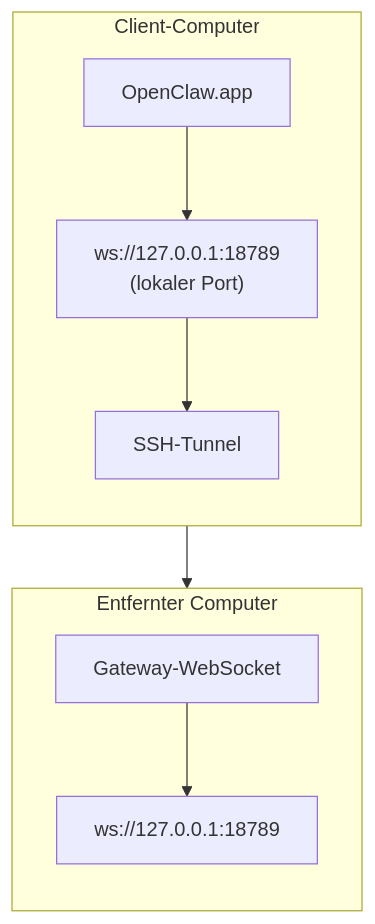
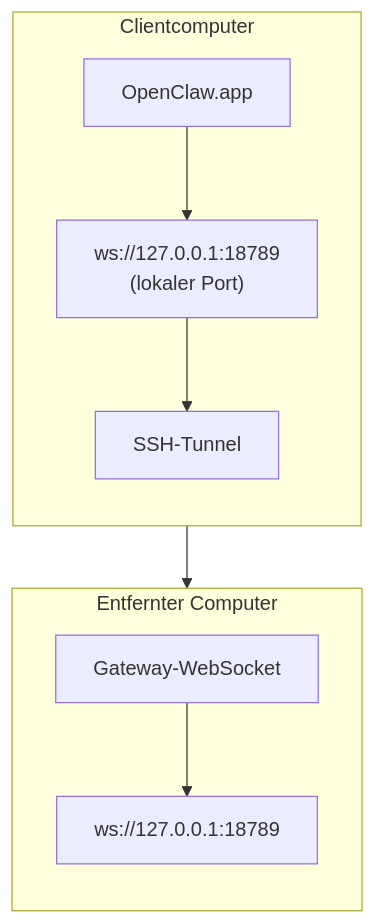
One commit to is0383kk/ai-docs-sync-workflow changed the diagram in openclaw-docs/de/gateway/remote-gateway-readme.md. Above: the diagram before and after it, drawn with Mermaid. The commit also changed other lines of this file and 11096 other files, not shown here.

````diff
--- a/openclaw-docs/de/gateway/remote-gateway-readme.md
+++ b/openclaw-docs/de/gateway/remote-gateway-readme.md
@@ -23,20 +24,20 @@
 ```mermaid
 flowchart TB
-    subgraph Client["Client-Computer"]
+    subgraph Client["Clientcomputer"]
         direction TB
         A["OpenClaw.app"]
         B["ws://127.0.0.1:18789\n(lokaler Port)"]
         T["SSH-Tunnel"]
 
         A --> B
         B --> T
     end
     subgraph Remote["Entfernter Computer"]
         direction TB
         C["Gateway-WebSocket"]
         D["ws://127.0.0.1:18789"]
 
         C --> D
     end
     T --> C
 ```
````
